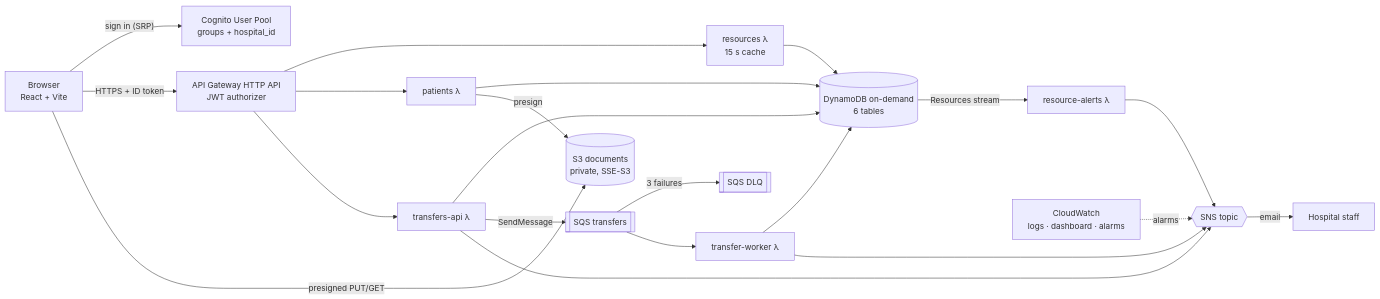
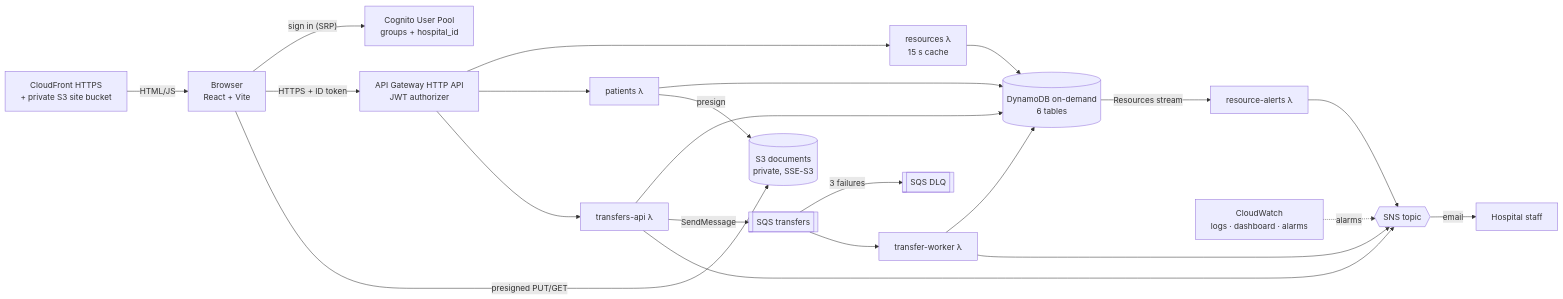
One commit to FANGxPC/Cloud-Based-Healthcare-Resource-and-Medical-Record-Sharing-System changed the first of 3 diagrams in docs/ARCHITECTURE.md. Above: the diagram before and after it, drawn with Mermaid. The commit also changed other lines of this file and 2 other files, not shown here.

First line of the commit message:
Host the frontend on AWS: private S3 + CloudFront (OAC, HTTPS)

````diff
--- a/docs/ARCHITECTURE.md
+++ b/docs/ARCHITECTURE.md
@@ -9,19 +9,20 @@
 ```mermaid
 flowchart LR
+  CF[CloudFront HTTPS<br/>+ private S3 site bucket] -- "HTML/JS" --> U
   U[Browser<br/>React + Vite] -- "sign in (SRP)" --> COG[Cognito User Pool<br/>groups + hospital_id]
   U -- "HTTPS + ID token" --> API[API Gateway HTTP API<br/>JWT authorizer]
   U -- "presigned PUT/GET" --> S3[(S3 documents<br/>private, SSE-S3)]
 
   API --> L1[resources λ<br/>15 s cache]
   API --> L2[patients λ]
   API --> L3[transfers-api λ]
 
   L1 & L2 & L3 --> DDB[(DynamoDB on-demand<br/>6 tables)]
   L2 -- presign --> S3
   L3 -- SendMessage --> Q[[SQS transfers]]
   Q -- "3 failures" --> DLQ[[SQS DLQ]]
   Q --> W[transfer-worker λ] --> DDB
   DDB -- "Resources stream" --> A[resource-alerts λ]
   W & A & L3 --> SNS{{SNS topic}} -- email --> ADM[Hospital staff]
   CW[CloudWatch<br/>logs · dashboard · alarms] -. alarms .-> SNS
 ```
````
